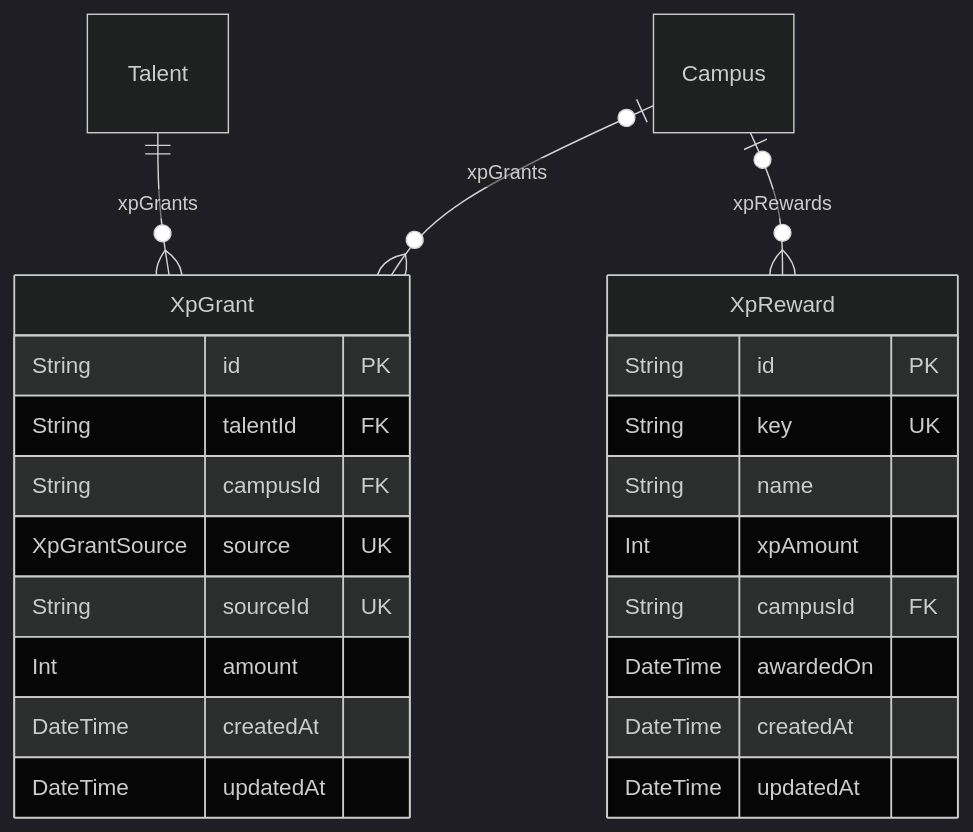
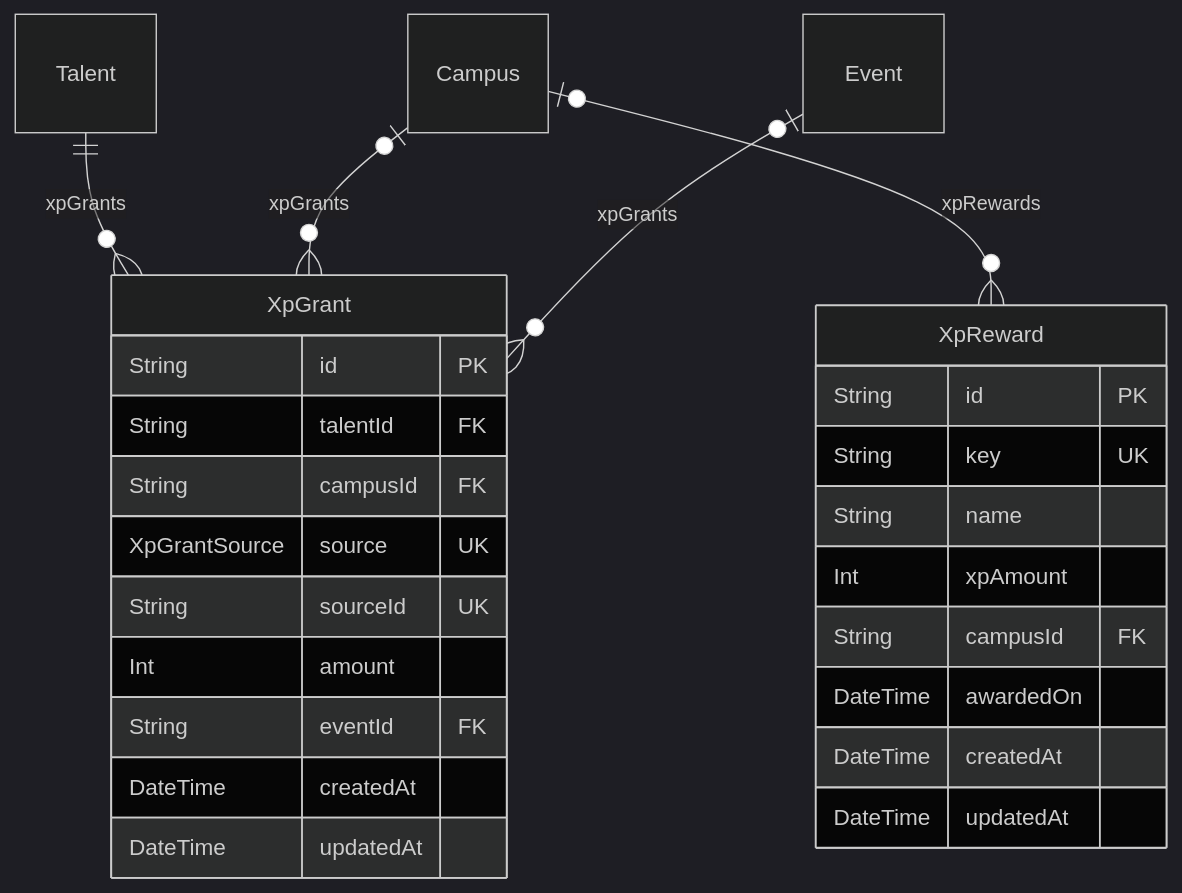
The sixth of 13 diagrams in frontend/docs/database.md (Manta-Epitech-Academy/jump), drawn with Mermaid (dark theme) before and after one commit. The commit also changed other lines of this file and 16 other files, not shown here.

````diff
--- a/frontend/docs/database.md
+++ b/frontend/docs/database.md
@@ -675,30 +679,34 @@
 ```mermaid
 erDiagram
   XpGrant {
     String id PK
     String talentId FK
     String campusId FK
     XpGrantSource source UK
     String sourceId UK
     Int amount
+    String eventId FK
     DateTime createdAt
     DateTime updatedAt
   }
   XpReward {
     String id PK
     String key UK
     String name
     Int xpAmount
     String campusId FK
     DateTime awardedOn
     DateTime createdAt
     DateTime updatedAt
   }
   Talent {
   }
   Campus {
   }
+  Event {
+  }
   Talent ||--o{ XpGrant : "xpGrants"
   Campus |o--o{ XpGrant : "xpGrants"
   Campus |o--o{ XpReward : "xpRewards"
+  Event |o--o{ XpGrant : "xpGrants"
 ```
````
